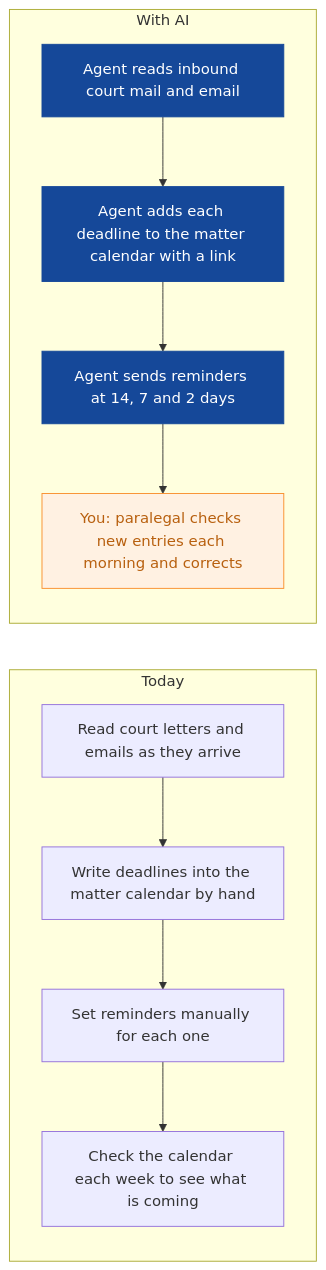
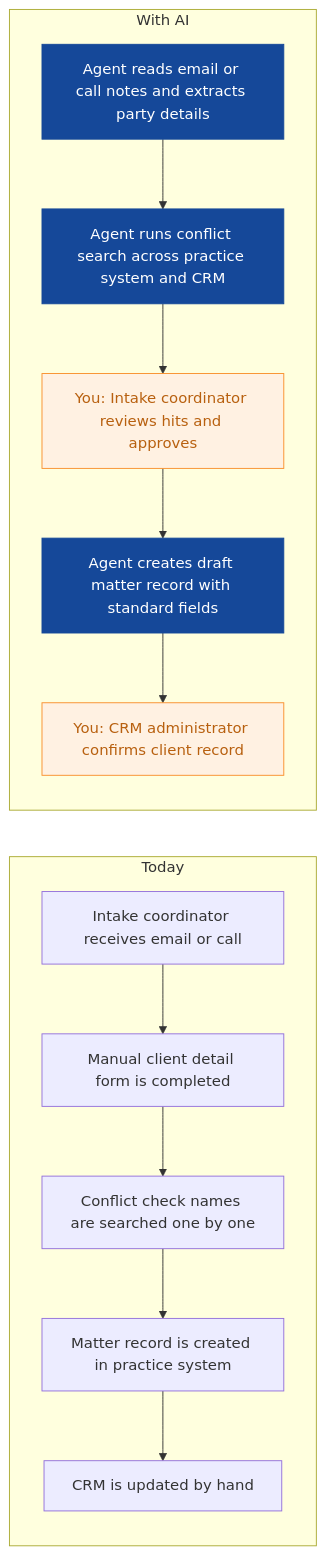
One commit to nexibeo/Complete-AI-Strategy changed the second of 9 diagrams in strategies/lumen-legal.md. Above: the diagram before and after it, drawn with Mermaid. The commit also changed other lines of this file and 26 other files, not shown here.

````diff
--- a/strategies/lumen-legal.md
+++ b/strategies/lumen-legal.md
@@ -78,21 +82,23 @@
 ```mermaid
 flowchart LR
   subgraph Today
-    B0["Read court letters and emails as they arrive"]
-    B1["Write deadlines into the matter calendar by hand"]
-    B2["Set reminders manually for each one"]
-    B3["Check the calendar each week to see what is coming"]
-    B0 --> B1 --> B2 --> B3
+    B0["Intake coordinator receives email or call"]
+    B1["Manual client detail form is completed"]
+    B2["Conflict check names are searched one by one"]
+    B3["Matter record is created in practice system"]
+    B4["CRM is updated by hand"]
+    B0 --> B1 --> B2 --> B3 --> B4
   end
   subgraph WithAI[With AI]
-    A0["Agent reads inbound court mail and email"]
-    A1["Agent adds each deadline to the matter calendar with a link "]
-    A2["Agent sends reminders at 14, 7 and 2 days"]
-    A3["You: paralegal checks new entries each morning and corrects "]
-    A0 --> A1 --> A2 --> A3
+    A0["Agent reads email or call notes and extracts party details"]
+    A1["Agent runs conflict search across practice system and CRM"]
+    A2["You: Intake coordinator reviews hits and approves"]
+    A3["Agent creates draft matter record with standard fields"]
+    A4["You: CRM administrator confirms client record"]
+    A0 --> A1 --> A2 --> A3 --> A4
   end
   classDef ai fill:#154899,color:#fff,stroke:#154899
   classDef human fill:#FFF1E2,color:#B8600F,stroke:#F98F2C
-  class A0,A1,A2 ai
-  class A3 human
+  class A0,A1,A3 ai
+  class A2,A4 human
 ```
````
